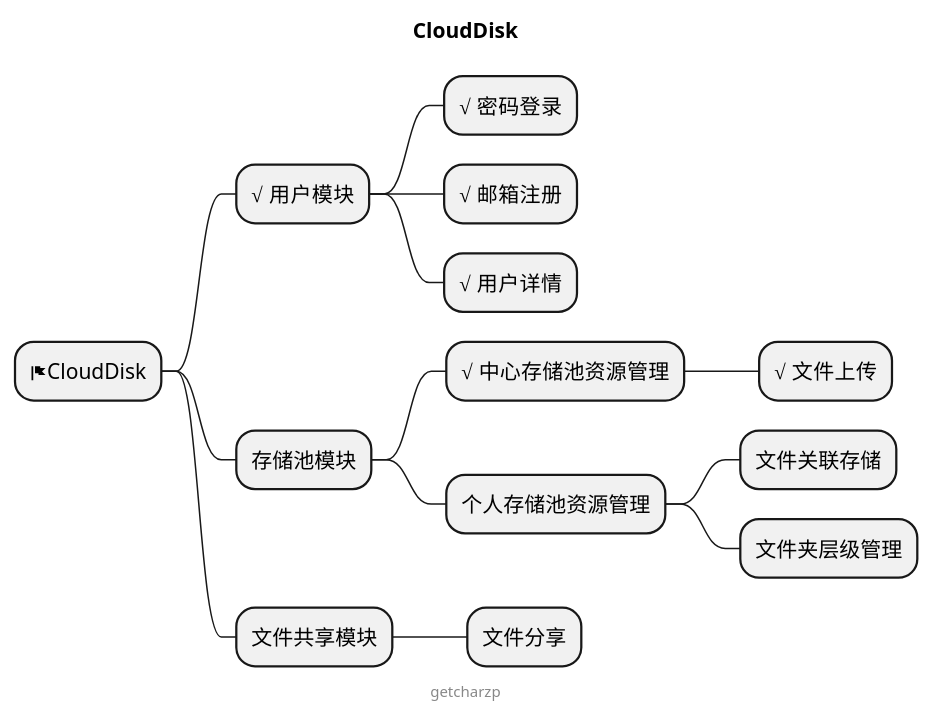
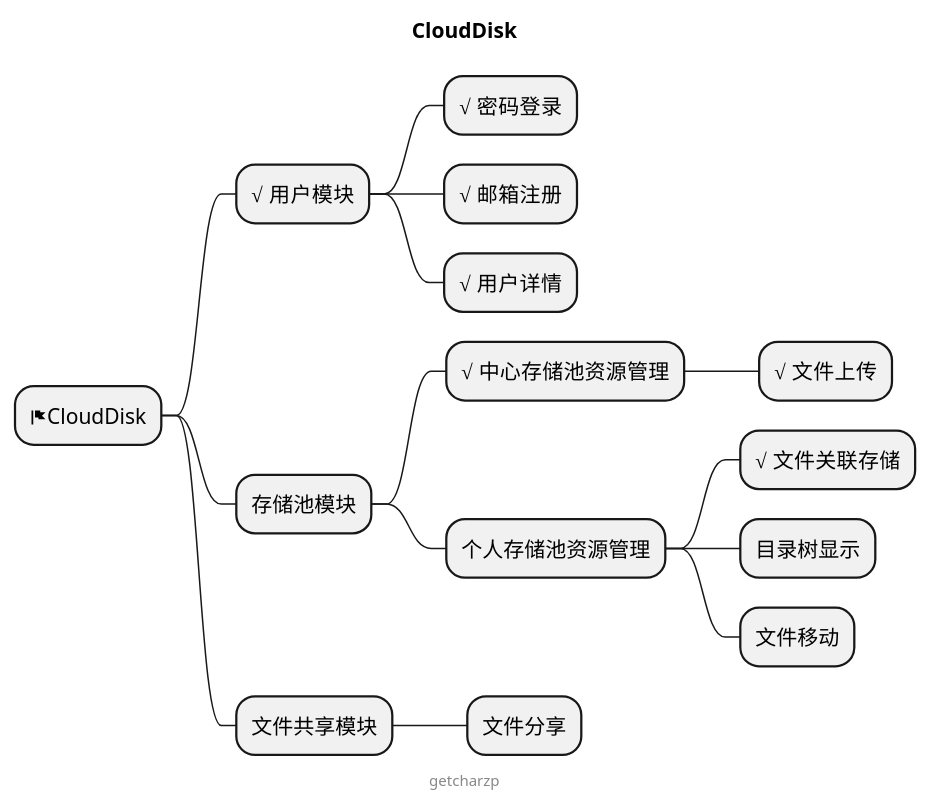
Before and after one commit to GetcharZp/cloud-disk: the diagram in MIND.puml, drawn with PlantUML. The commit also changed 11 other files, not shown here.

```diff
--- a/MIND.puml
+++ b/MIND.puml
@@ -1,21 +1,22 @@
 @startmindmap
 
 title CloudDisk
 
 * <&flag>CloudDisk
 ** √ 用户模块
 *** √ 密码登录
 *** √ 邮箱注册
 *** √ 用户详情
 ** 存储池模块
 *** √ 中心存储池资源管理
 **** √ 文件上传
 *** 个人存储池资源管理
-**** 文件关联存储
-**** 文件夹层级管理
+**** √ 文件关联存储
+**** 目录树显示
+**** 文件移动
 ** 文件共享模块
 *** 文件分享
 
 center footer getcharzp
 
 @endmindmap
```
